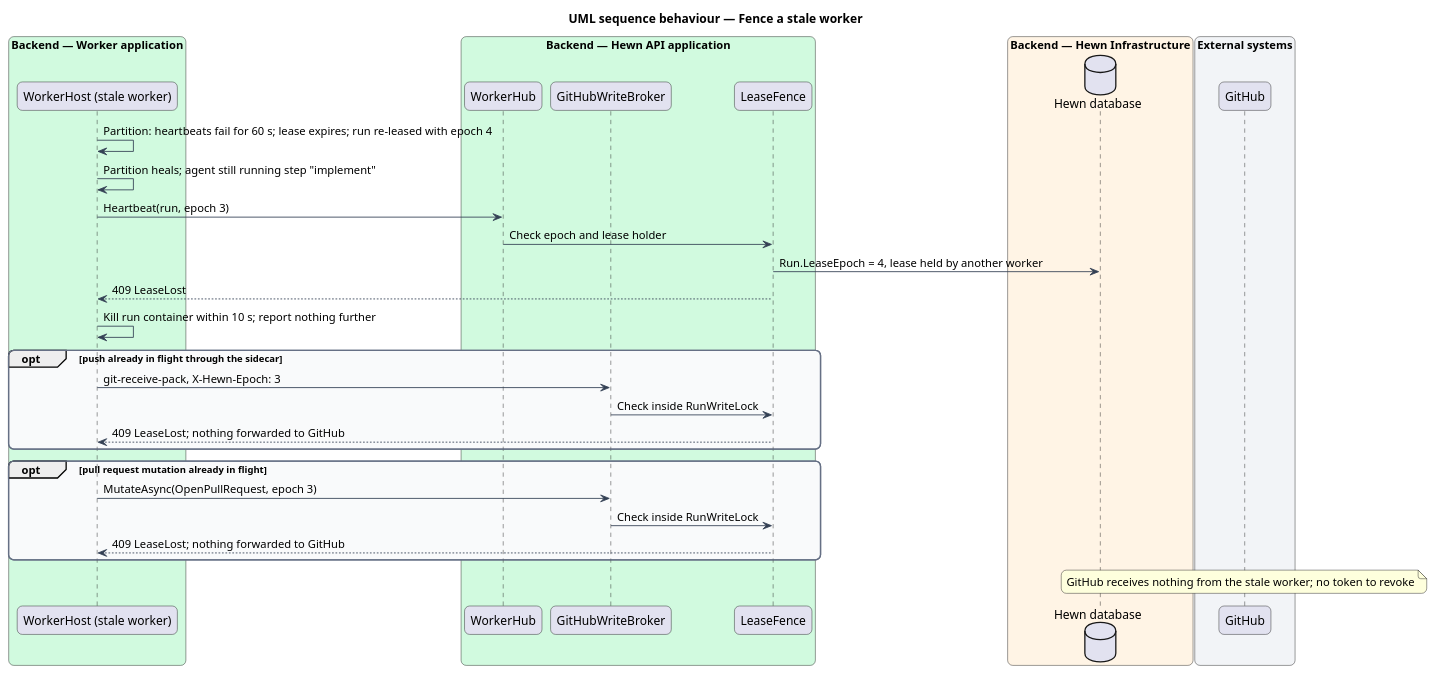
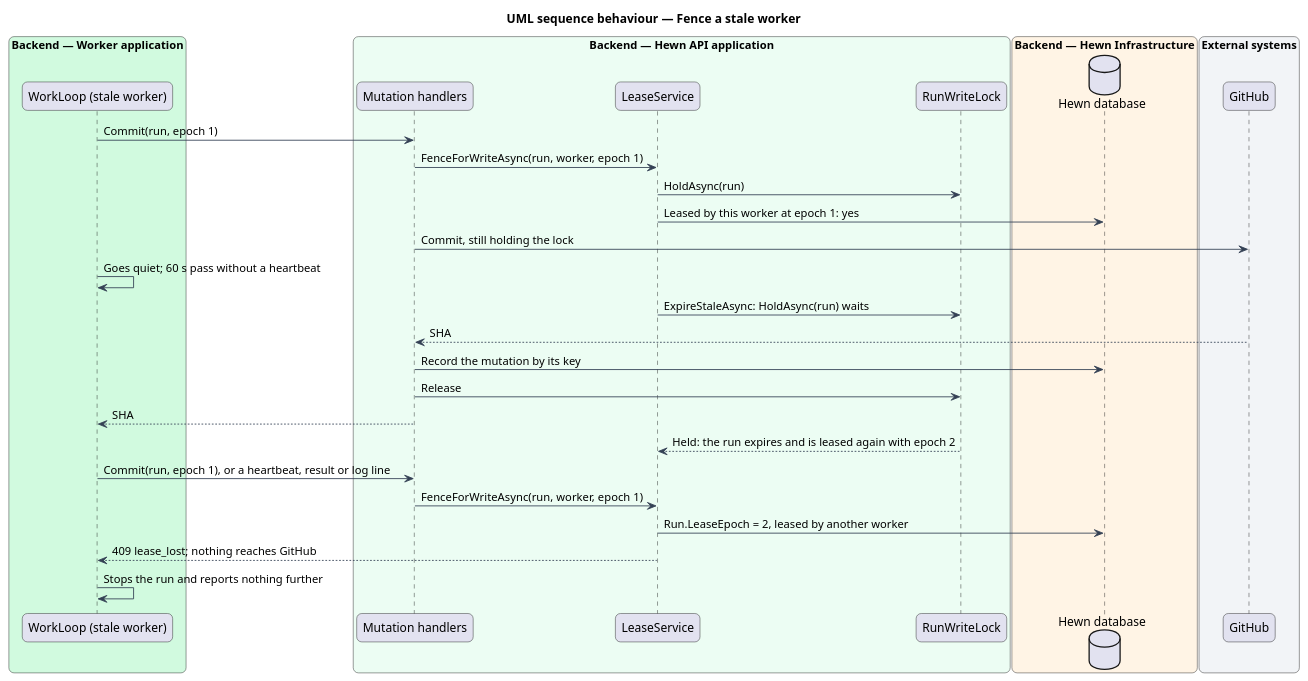
One commit to QuinntyneBrown/hewn changed the diagram in docs/detailed-designs/agent-runtime/worker-loop/diagrams/sequence-fence-stale-worker.puml. Above: the diagram before and after it, drawn with PlantUML. The commit also changed 43 other files, not shown here.

```diff
--- a/docs/detailed-designs/agent-runtime/worker-loop/diagrams/sequence-fence-stale-worker.puml
+++ b/docs/detailed-designs/agent-runtime/worker-loop/diagrams/sequence-fence-stale-worker.puml
@@ -1,50 +1,49 @@
 @startuml
 title UML sequence behaviour — Fence a stale worker
 skinparam backgroundColor #FFFFFF
 skinparam shadowing false
 skinparam roundcorner 12
 skinparam defaultFontName Arial
 skinparam ArrowColor #344054
 skinparam rectangle {
   BorderColor #344054
   FontColor #101828
 }
 skinparam package {
   BorderColor #667085
   FontColor #101828
   BackgroundColor #F9FAFB
 }
 skinparam sequenceMessageAlign left
 box "Backend — Worker application" #D1FADF
-  participant "WorkerHost (stale worker)" as w1
+  participant "WorkLoop (stale worker)" as w1
 end box
-box "Backend — Hewn API application" #D1FADF
-  participant "WorkerHub" as hub
-  participant "GitHubWriteBroker" as broker
-  participant "LeaseFence" as fence
+box "Backend — Hewn API application" #ECFDF3
+  participant "Mutation handlers" as broker
+  participant "LeaseService" as lease
+  participant "RunWriteLock" as lock
 end box
 box "Backend — Hewn Infrastructure" #FFF4E5
   database "Hewn database" as db
 end box
 box "External systems" #F2F4F7
   participant "GitHub" as gh
 end box
-w1 -> w1 : Partition: heartbeats fail for 60 s; lease expires; run re-leased with epoch 4
-w1 -> w1 : Partition heals; agent still running step "implement"
-w1 -> hub : Heartbeat(run, epoch 3)
-hub -> fence : Check epoch and lease holder
-fence -> db : Run.LeaseEpoch = 4, lease held by another worker
-fence --> w1 : 409 LeaseLost
-w1 -> w1 : Kill run container within 10 s; report nothing further
-opt push already in flight through the sidecar
-  w1 -> broker : git-receive-pack, X-Hewn-Epoch: 3
-  broker -> fence : Check inside RunWriteLock
-  fence --> w1 : 409 LeaseLost; nothing forwarded to GitHub
-end
-opt pull request mutation already in flight
-  w1 -> broker : MutateAsync(OpenPullRequest, epoch 3)
-  broker -> fence : Check inside RunWriteLock
-  fence --> w1 : 409 LeaseLost; nothing forwarded to GitHub
-end
-note over gh : GitHub receives nothing from the stale worker; no token to revoke
+w1 -> broker : Commit(run, epoch 1)
+broker -> lease : FenceForWriteAsync(run, worker, epoch 1)
+lease -> lock : HoldAsync(run)
+lease -> db : Leased by this worker at epoch 1: yes
+broker -> gh : Commit, still holding the lock
+w1 -> w1 : Goes quiet; 60 s pass without a heartbeat
+lease -> lock : ExpireStaleAsync: HoldAsync(run) waits
+gh --> broker : SHA
+broker -> db : Record the mutation by its key
+broker -> lock : Release
+broker --> w1 : SHA
+lock --> lease : Held: the run expires and is leased again with epoch 2
+w1 -> broker : Commit(run, epoch 1), or a heartbeat, result or log line
+broker -> lease : FenceForWriteAsync(run, worker, epoch 1)
+lease -> db : Run.LeaseEpoch = 2, leased by another worker
+lease --> w1 : 409 lease_lost; nothing reaches GitHub
+w1 -> w1 : Stops the run and reports nothing further
 @enduml
```
